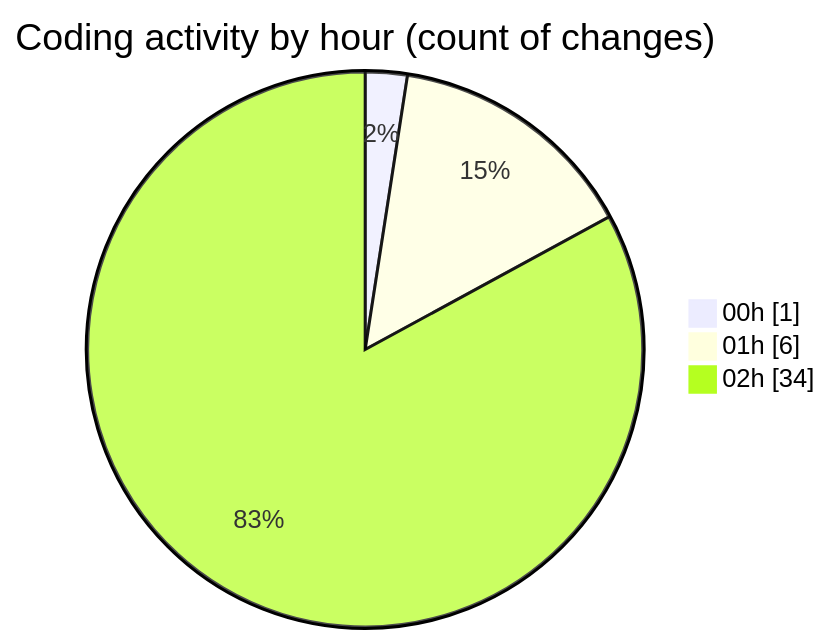
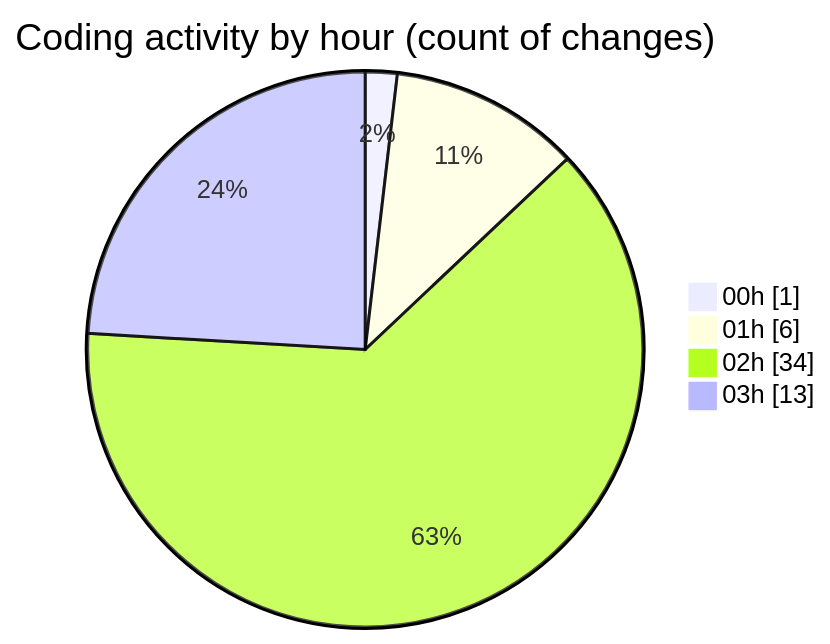
Before and after one commit to julien-gomy/code-tracking: the second of 2 diagrams in 2025-11-22/eventscop-frontend-guide__workspace_/README.md, drawn with Mermaid. The commit also changed other lines of this file and 1 other file, not shown here.

````diff
--- a/2025-11-22/eventscop-frontend-guide__workspace_/README.md
+++ b/2025-11-22/eventscop-frontend-guide__workspace_/README.md
@@ -42,7 +48,8 @@
 ```mermaid
 pie showData
 title Coding activity by hour (count of changes)
 "00h" : 1
 "01h" : 6
 "02h" : 34
+"03h" : 13
 ```
````
